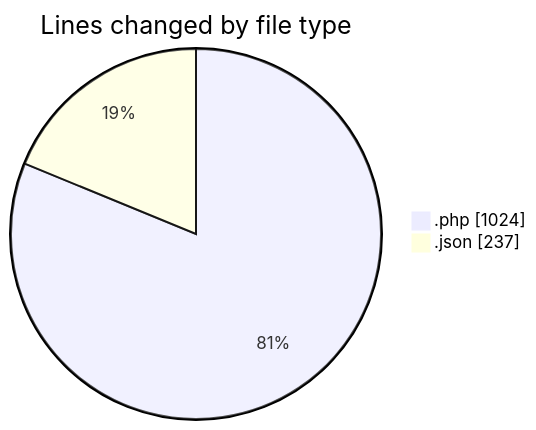
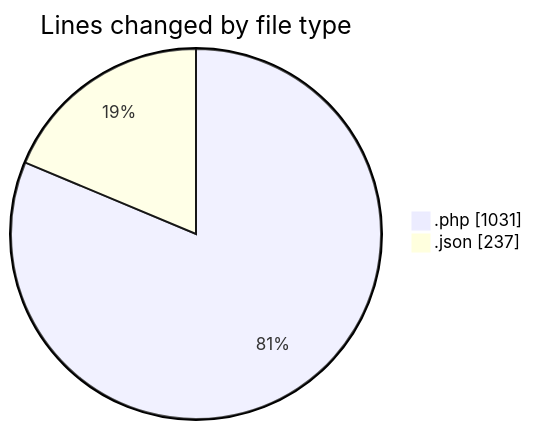
One commit to idhammustaqopulfikri/code-tracking changed the first of 2 diagrams in 2025-06-16/studio-backend/README.md. Above: the diagram before and after it, drawn with Mermaid. The commit also changed other lines of this file and 1 other file, not shown here.

````diff
--- a/2025-06-16/studio-backend/README.md
+++ b/2025-06-16/studio-backend/README.md
@@ -24,6 +24,6 @@
 ```mermaid
 pie showData
 title Lines changed by file type
-".php" : 1024
+".php" : 1031
 ".json" : 237
 ```
````
